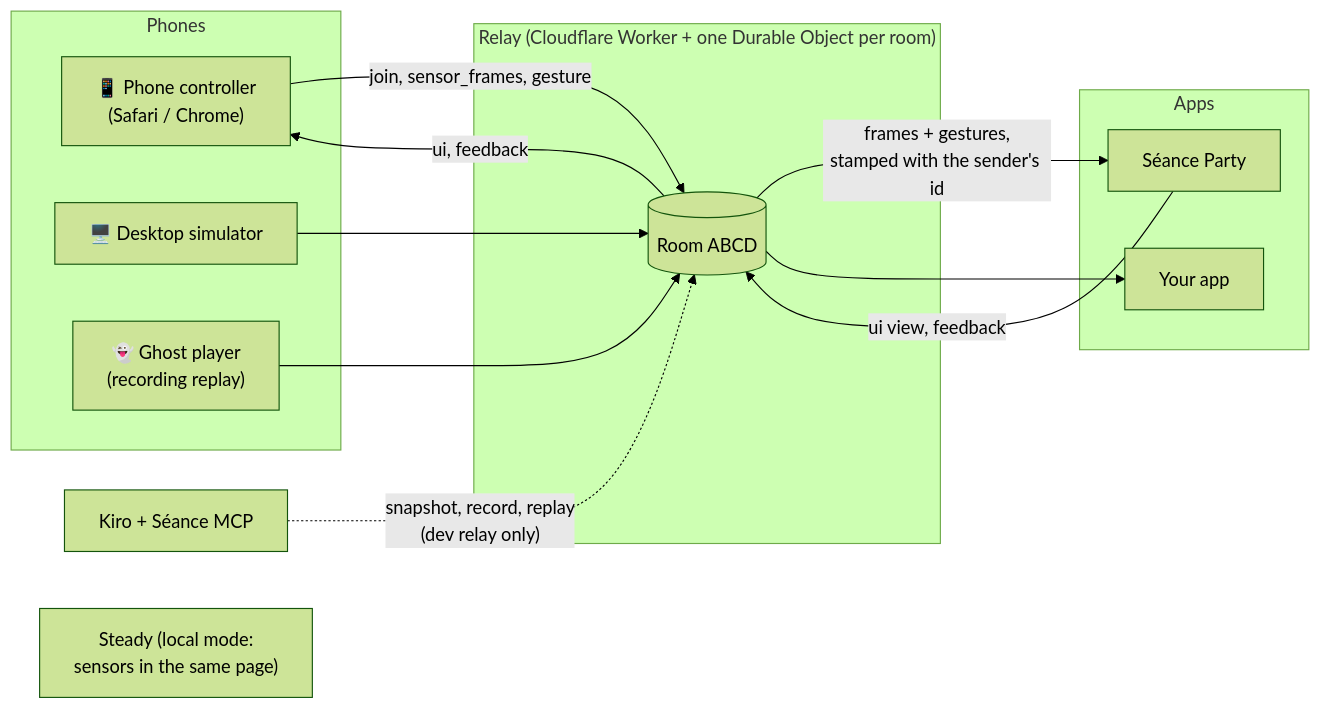
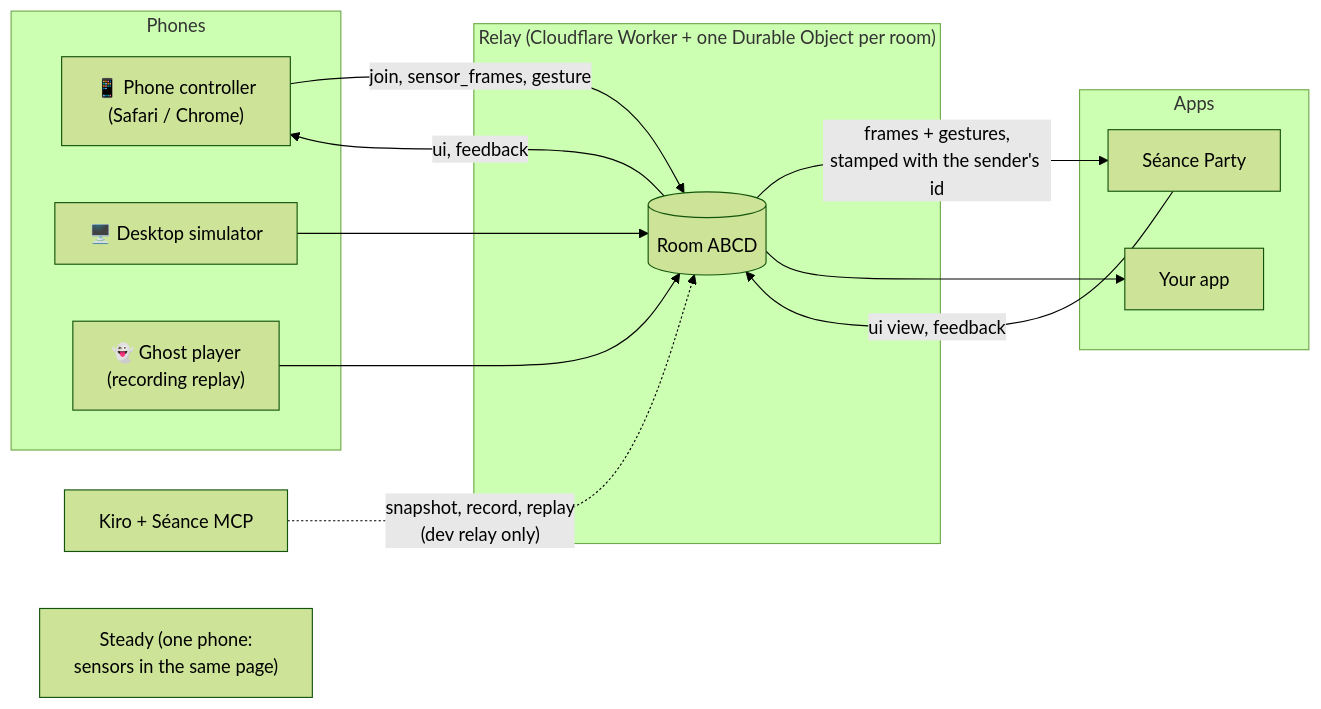
Before and after one commit to Kiroween2026/Haunt_Kit: the diagram in README.md, drawn with Mermaid (forest theme). The commit also changed other lines of this file and 3 other files, not shown here.

````diff
--- a/README.md
+++ b/README.md
@@ -25,24 +25,24 @@
 ```mermaid
 flowchart LR
   subgraph Phones
     P1["📱 Phone controller<br/>(Safari / Chrome)"]
     S["🖥️ Desktop simulator"]
     G["👻 Ghost player<br/>(recording replay)"]
   end
   subgraph Relay["Relay (Cloudflare Worker + one Durable Object per room)"]
     R[("Room ABCD")]
   end
   subgraph Apps
     A1["Séance Party"]
     A2["Your app"]
   end
   P1 -- "join, sensor_frames, gesture" --> R
   S --> R
   G --> R
   R -- "frames + gestures,<br/>stamped with the sender's id" --> A1
   R --> A2
   A1 -- "ui view, feedback" --> R
   R -- "ui, feedback" --> P1
   K["Kiro + Séance MCP"] -. "snapshot, record, replay<br/>(dev relay only)" .-> R
-  Steady["Steady (local mode:<br/>sensors in the same page)"]
+  Steady["Steady (one phone:<br/>sensors in the same page)"]
 ```
````
